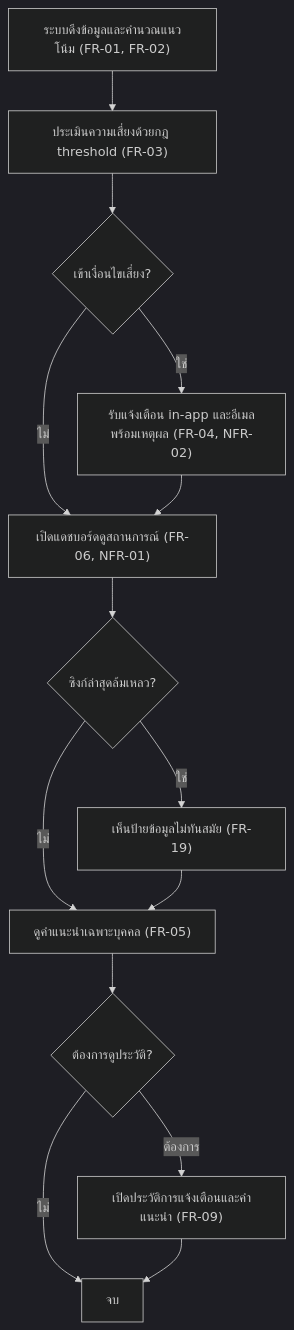
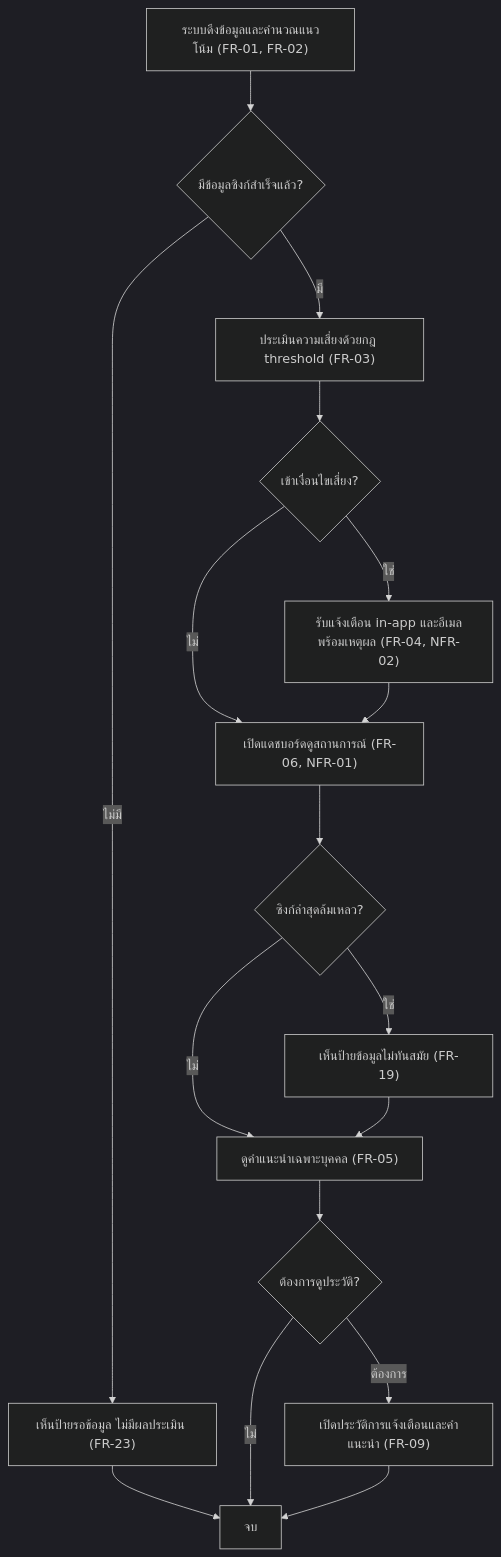
One commit to PAKOSORUS/Grade-Runway-PROJECT3 changed the second of 7 diagrams in docs/02-design/user-journey.md. Above: the diagram before and after it, drawn with Mermaid (dark theme). The commit also changed other lines of this file and 15 other files, not shown here.

````diff
--- a/docs/02-design/user-journey.md
+++ b/docs/02-design/user-journey.md
@@ -28,16 +33,19 @@
 ```mermaid
 flowchart TD
-    A["ระบบดึงข้อมูลและคำนวณแนวโน้ม (FR-01, FR-02)"] --> B["ประเมินความเสี่ยงด้วยกฎ threshold (FR-03)"]
+    A["ระบบดึงข้อมูลและคำนวณแนวโน้ม (FR-01, FR-02)"] --> Q{"มีข้อมูลซิงก์สำเร็จแล้ว?"}
+    Q -->|ไม่มี| P["เห็นป้ายรอข้อมูล ไม่มีผลประเมิน (FR-23)"]
+    P --> Z
+    Q -->|มี| B["ประเมินความเสี่ยงด้วยกฎ threshold (FR-03)"]
     B --> C{"เข้าเงื่อนไขเสี่ยง?"}
     C -->|ไม่| H["เปิดแดชบอร์ดดูสถานการณ์ (FR-06, NFR-01)"]
     C -->|ใช่| D["รับแจ้งเตือน in-app และอีเมลพร้อมเหตุผล (FR-04, NFR-02)"]
     D --> H
     H --> I{"ซิงก์ล่าสุดล้มเหลว?"}
     I -->|ใช่| J["เห็นป้ายข้อมูลไม่ทันสมัย (FR-19)"]
     I -->|ไม่| E["ดูคำแนะนำเฉพาะบุคคล (FR-05)"]
     J --> E
     E --> F{"ต้องการดูประวัติ?"}
     F -->|ต้องการ| G["เปิดประวัติการแจ้งเตือนและคำแนะนำ (FR-09)"]
     F -->|ไม่| Z["จบ"]
     G --> Z
 ```
````
